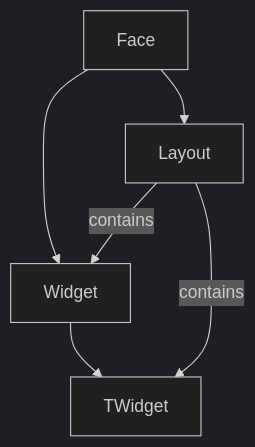
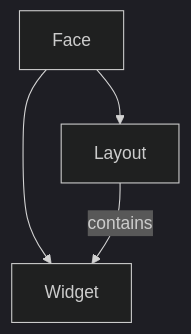
Before and after one commit to alcosi/twinfaces: the diagram in src/widgets/faces/README.md, drawn with Mermaid (dark theme). The commit also changed other lines of this file and 42 other files, not shown here.

First line of the commit message:
[TWINFACES-1135] feat: twidget and widget unification (#657)

````diff
--- a/src/widgets/faces/README.md
+++ b/src/widgets/faces/README.md
@@ -25,8 +26,6 @@
 ```mermaid
 flowchart TD
   Face --> Layout
   Face --> Widget
-  Widget --> TWidget
   Layout -->|contains| Widget
-  Layout -->|contains| TWidget
 ```
````
